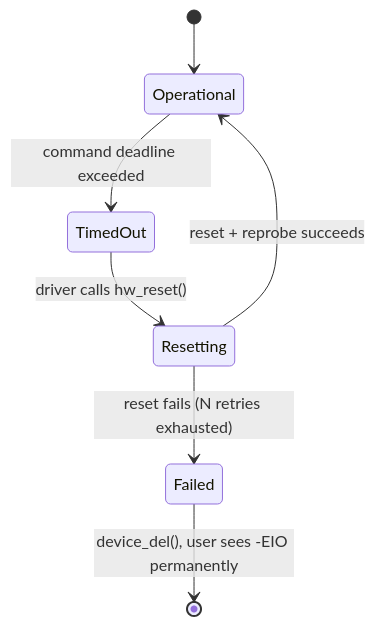
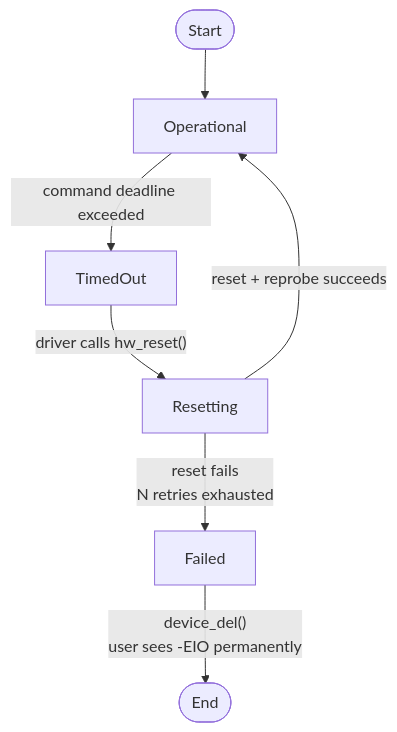
The fifth of 6 diagrams in topics/computing/infrastructure/device_drivers/lesson_04_driver_protocols.md (blebleblee/synapse), drawn with Mermaid before and after one commit. The commit also changed 1464 other files, not shown here.

Commit message:
feat(release): curriculum vector mermaid upgrade, render hardening, and master synpack

````diff
--- a/topics/computing/infrastructure/device_drivers/lesson_04_driver_protocols.md
+++ b/topics/computing/infrastructure/device_drivers/lesson_04_driver_protocols.md
@@ -490,9 +490,16 @@
 ```mermaid
-stateDiagram-v2
-    [*] --> Operational
-    Operational --> TimedOut : command deadline exceeded
-    TimedOut --> Resetting : driver calls hw_reset()
-    Resetting --> Operational : reset + reprobe succeeds
-    Resetting --> Failed : reset fails (N retries exhausted)
-    Failed --> [*] : device_del(), user sees -EIO permanently
+flowchart TD
+    Start(["Start"])
+    Operational["Operational"]
+    TimedOut["TimedOut"]
+    Resetting["Resetting"]
+    Failed["Failed"]
+    End(["End"])
+    
+    Start --> Operational
+    Operational -->|"command deadline exceeded"| TimedOut
+    TimedOut -->|"driver calls hw_reset()"| Resetting
+    Resetting -->|"reset + reprobe succeeds"| Operational
+    Resetting -->|"reset fails<br/>N retries exhausted"| Failed
+    Failed -->|"device_del()<br/>user sees -EIO permanently"| End
 ```
````
